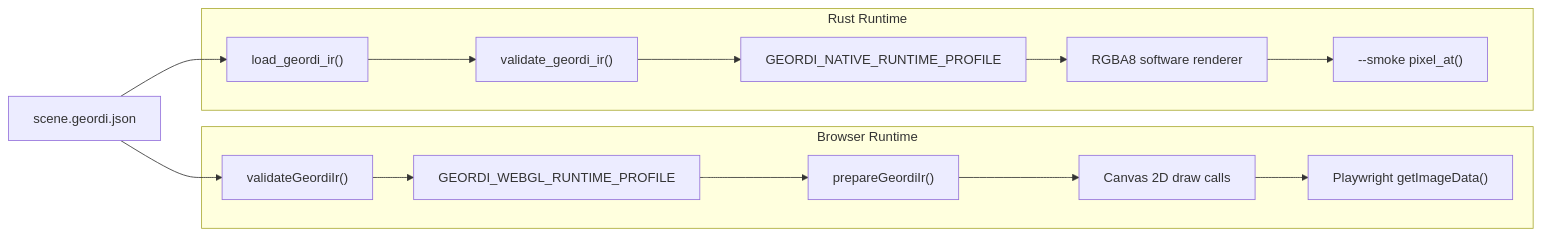
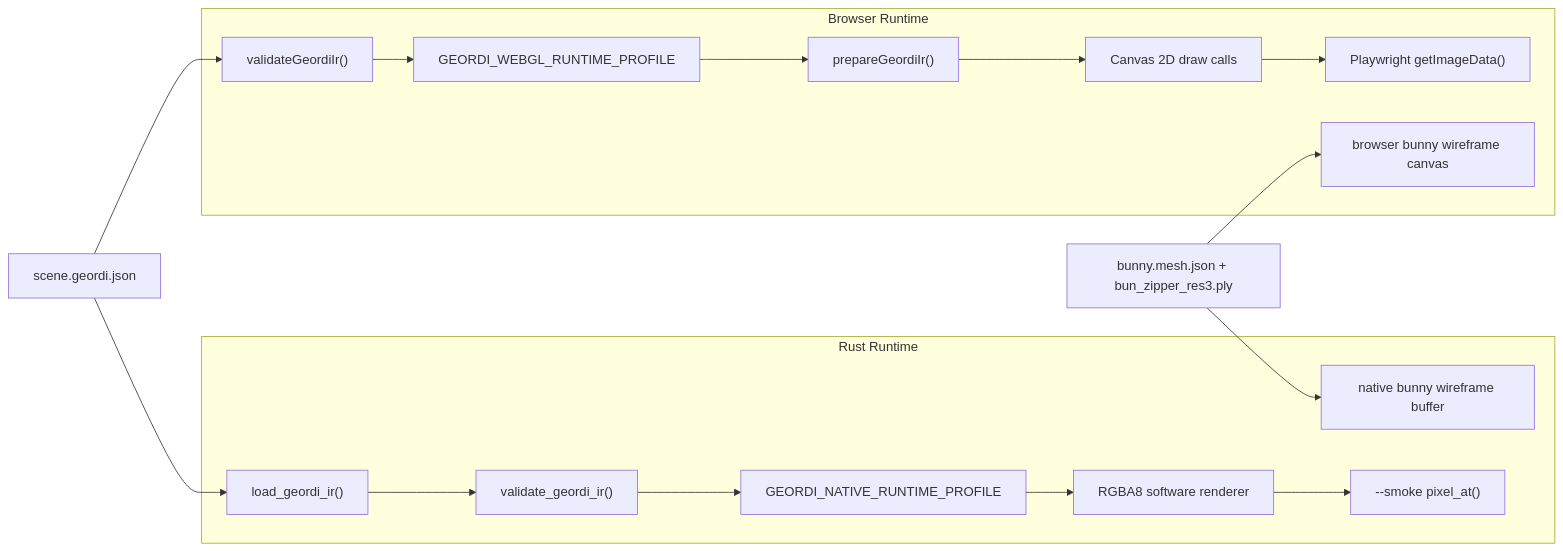
Before and after one commit to flyingrobots/geordi: diagram 25 of 26 in docs/end-to-end.md, drawn with Mermaid. The commit also changed other lines of this file, not shown here.

Commit message:
Docs: Update end-to-end bunny pipeline

````diff
--- a/docs/end-to-end.md
+++ b/docs/end-to-end.md
@@ -1021,23 +1320,28 @@
 ```mermaid
 flowchart LR
   IR["scene.geordi.json"]
+  Mesh["bunny.mesh.json + bun_zipper_res3.ply"]
 
   subgraph Browser["Browser Runtime"]
     BValidate["validateGeordiIr()"]
     BProfile["GEORDI_WEBGL_RUNTIME_PROFILE"]
     BPrepare["prepareGeordiIr()"]
     BDraw["Canvas 2D draw calls"]
     BProbe["Playwright getImageData()"]
+    BMesh["browser bunny wireframe canvas"]
   end
 
   subgraph Rust["Rust Runtime"]
     RLoad["load_geordi_ir()"]
     RValidate["validate_geordi_ir()"]
     RProfile["GEORDI_NATIVE_RUNTIME_PROFILE"]
     RDraw["RGBA8 software renderer"]
     RProbe["--smoke pixel_at()"]
+    RMesh["native bunny wireframe buffer"]
   end
 
   IR --> BValidate --> BProfile --> BPrepare --> BDraw --> BProbe
   IR --> RLoad --> RValidate --> RProfile --> RDraw --> RProbe
+  Mesh --> BMesh
+  Mesh --> RMesh
 ```
````
